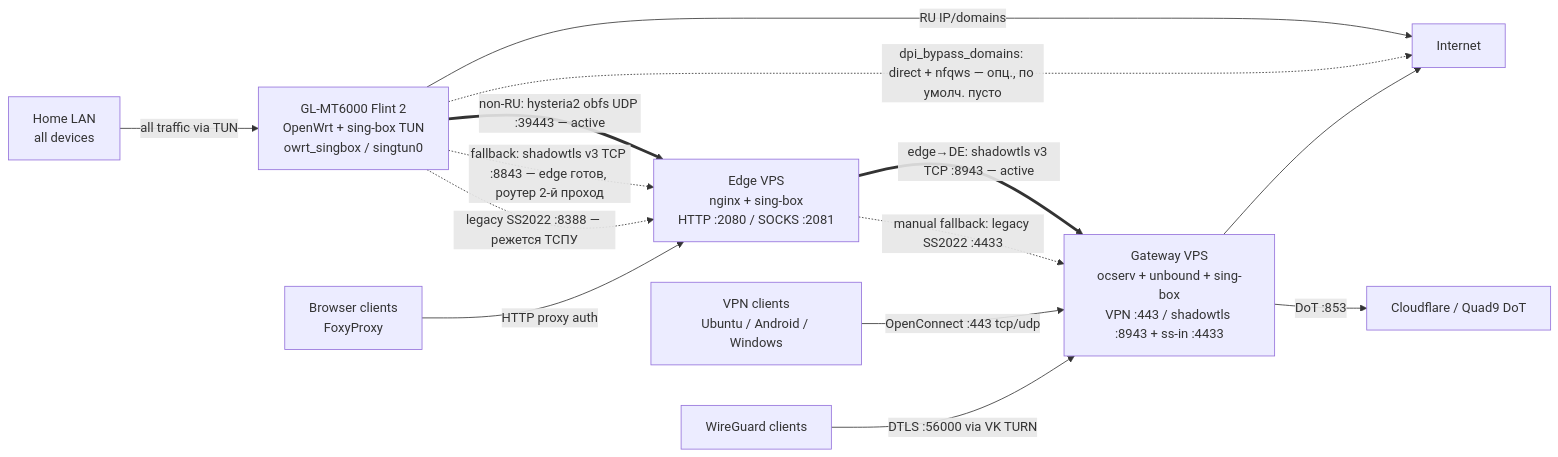
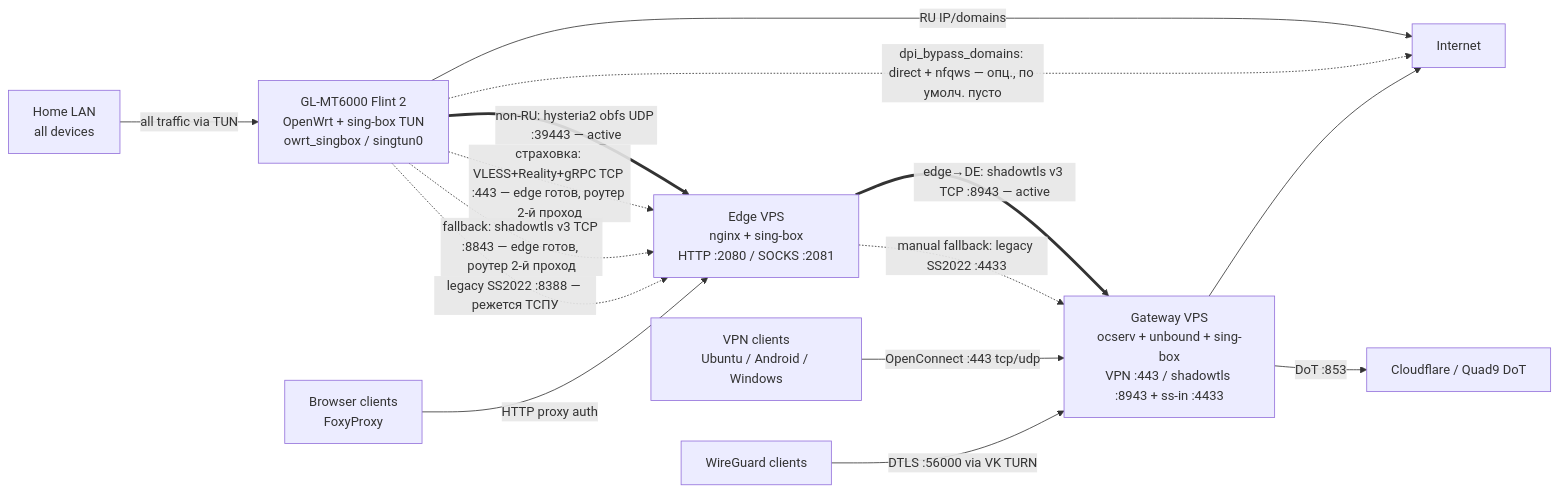
One commit to panalex/home-vpn changed the diagram in README.md. Above: the diagram before and after it, drawn with Mermaid. The commit also changed other lines of this file and 11 other files, not shown here.

First line of the commit message:
Add VLESS+Reality+gRPC home→edge leg (whitelist/TCP insurance)

````diff
--- a/README.md
+++ b/README.md
@@ -21,26 +21,27 @@
 ```mermaid
 flowchart LR
     U1[VPN clients\nUbuntu / Android / Windows]
     U2[Browser clients\nFoxyProxy]
     U4[Home LAN\nall devices]
 
     FL[GL-MT6000 Flint 2\nOpenWrt + sing-box TUN\nowrt_singbox / singtun0]
     RU[Edge VPS\nnginx + sing-box\nHTTP :2080 / SOCKS :2081]
     DE[Gateway VPS\nocserv + unbound + sing-box\nVPN :443 / shadowtls :8943 + ss-in :4433]
     NET[Internet]
     DNS[Cloudflare / Quad9 DoT]
 
     U4 -->|all traffic via TUN| FL
     FL -->|RU IP/domains| NET
     FL -.->|dpi_bypass_domains: direct + nfqws — опц., по умолч. пусто| NET
     FL ==>|non-RU: hysteria2 obfs UDP :39443 — active| RU
+    FL -.->|страховка: VLESS+Reality+gRPC TCP :443 — edge готов, роутер 2-й проход| RU
     FL -.->|fallback: shadowtls v3 TCP :8843 — edge готов, роутер 2-й проход| RU
     FL -.->|legacy SS2022 :8388 — режется ТСПУ| RU
     U2 -->|HTTP proxy auth| RU
     RU ==>|edge→DE: shadowtls v3 TCP :8943 — active| DE
     RU -.->|manual fallback: legacy SS2022 :4433| DE
     U1 -->|OpenConnect :443 tcp/udp| DE
     U5[WireGuard clients] -->|DTLS :56000 via VK TURN| DE
     DE --> NET
     DE -->|DoT :853| DNS
 ```
````
